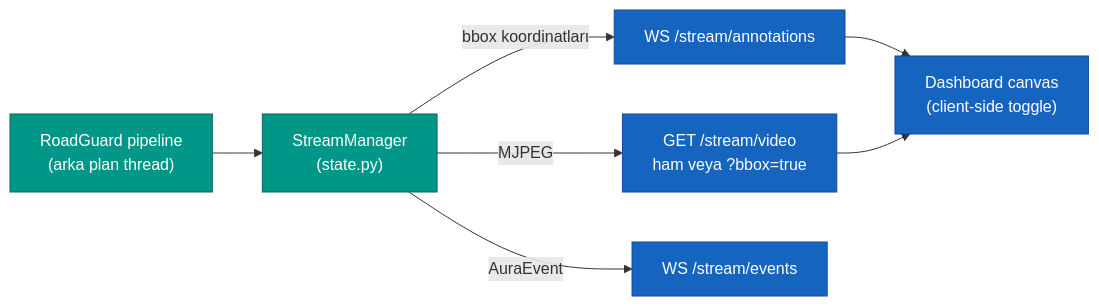
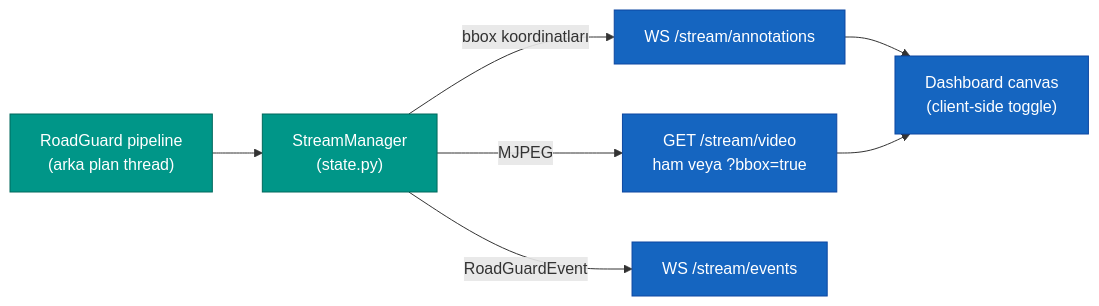
Before and after one commit to cleoanka/teknofest-prototip.v2: the diagram in services/inference_api/README.md, drawn with Mermaid. The commit also changed other lines of this file and 233 other files, not shown here.

````diff
--- a/services/inference_api/README.md
+++ b/services/inference_api/README.md
@@ -29,13 +29,13 @@
 ```mermaid
 flowchart LR
     P["RoadGuard pipeline<br/>(arka plan thread)"] --> SM["StreamManager<br/>(state.py)"]
     SM -->|MJPEG| V["GET /stream/video<br/>ham veya ?bbox=true"]
     SM -->|bbox koordinatları| A["WS /stream/annotations"]
-    SM -->|AuraEvent| E["WS /stream/events"]
+    SM -->|RoadGuardEvent| E["WS /stream/events"]
     A --> C["Dashboard canvas<br/>(client-side toggle)"]
     V --> C
     classDef src fill:#009688,stroke:#00695c,color:#fff;
     classDef sink fill:#1565c0,stroke:#0d47a1,color:#fff;
     class P,SM src;
     class V,A,E,C sink;
 ```
````
